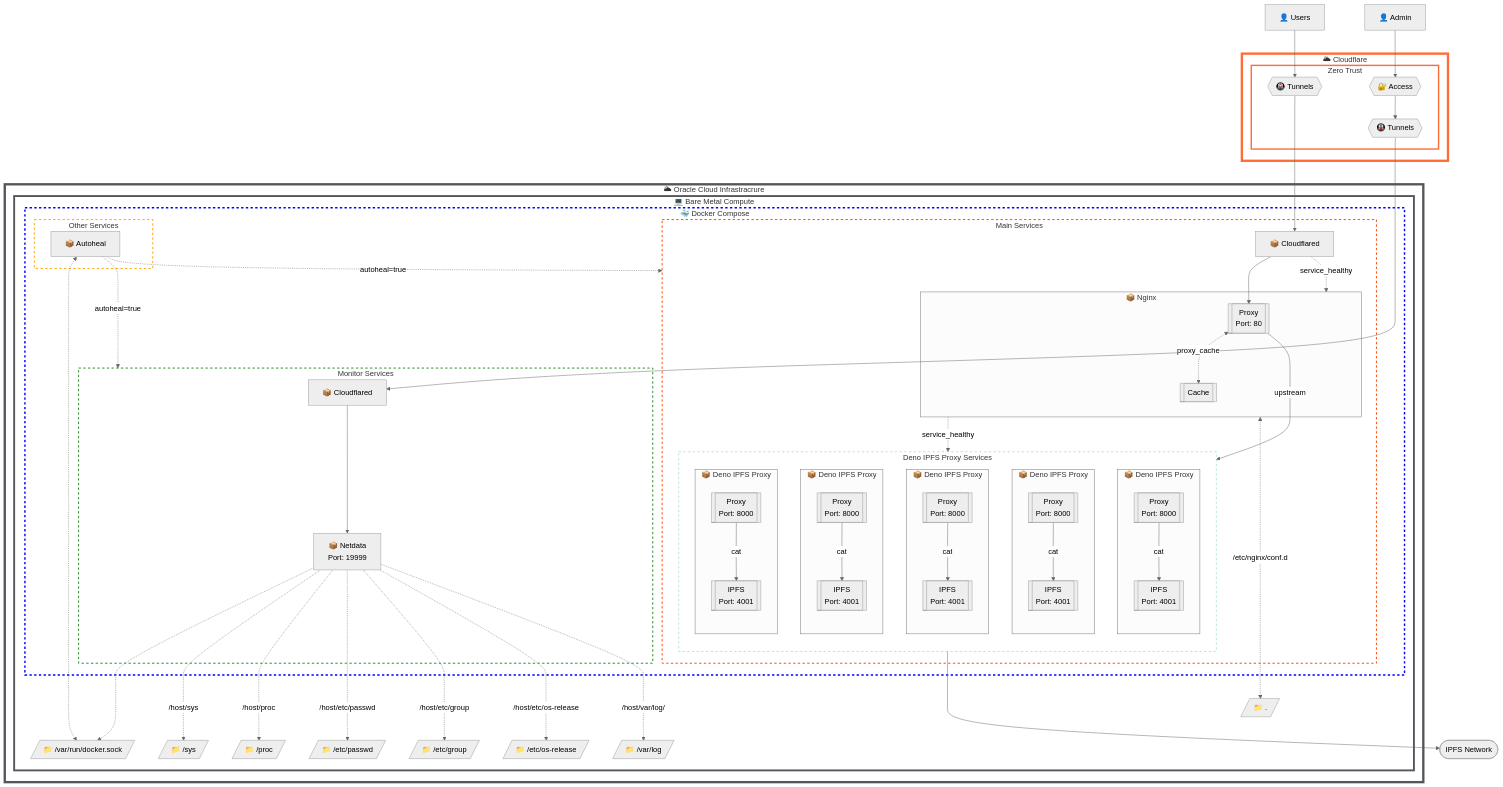
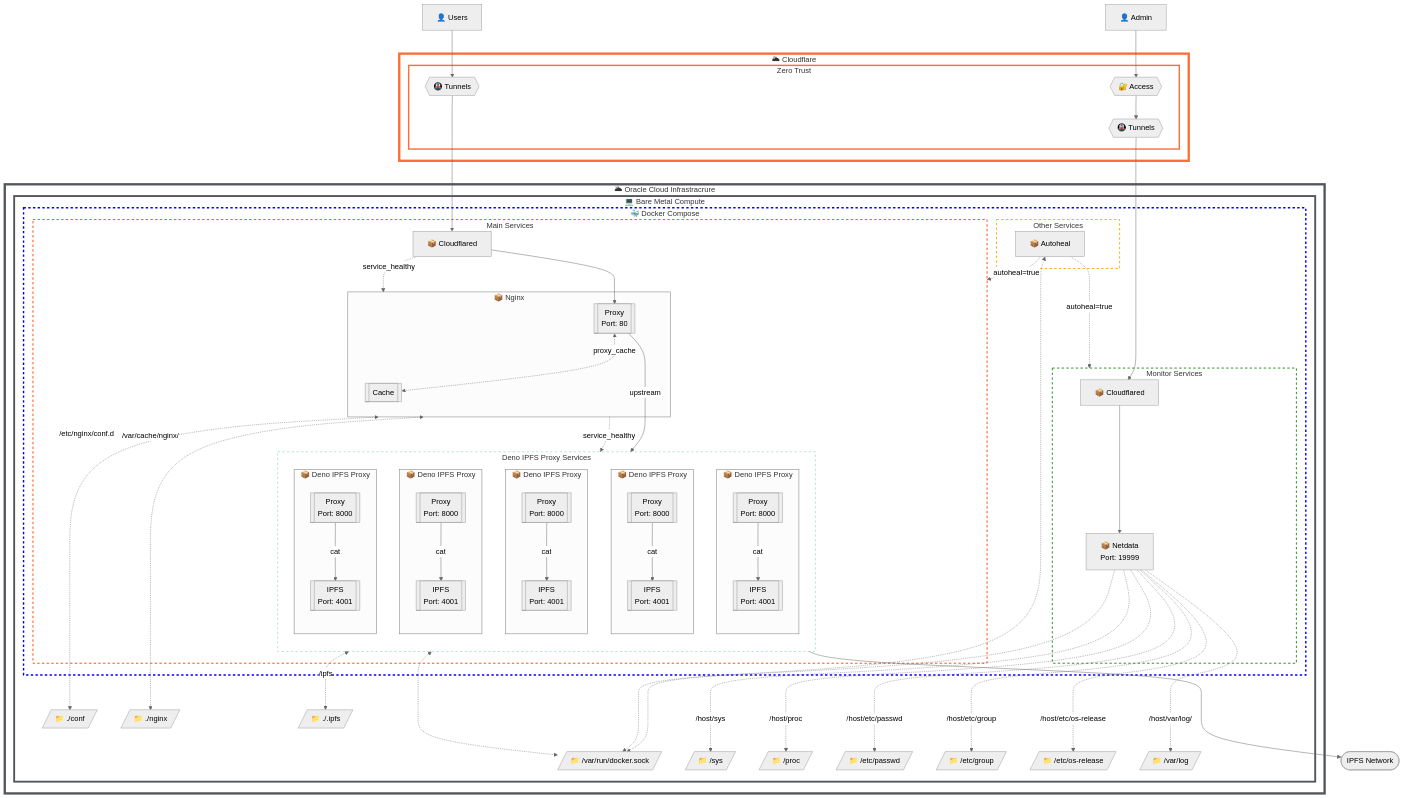
One commit to redpeacock78/deno-ipfs-gateway changed the first of 2 diagrams in README.md. Above: the diagram before and after it, drawn with Mermaid (neutral theme).

```diff
--- a/README.md
+++ b/README.md
@@ -114,15 +114,18 @@
       DO4 -..-> |autoheal=true| MainServiceGroup
       DO4 -..-> |autoheal=true| MonitorGroup
     end
-    Nginx <-..-> |/etc/nginx/conf.d| FS1[/"📁 ."/]
-    DO4 <-..-> FS2[/"📁 /var/run/docker.sock"/]
-    DO3 -..-> FS2
-    DO3 -..-> |/host/sys| FS3[/"📁 /sys"/]
-    DO3 -..-> |/host/proc| FS4[/"📁 /proc"/]
-    DO3 -..-> |/host/etc/passwd| FS5[/"📁 /etc/passwd"/]
-    DO3 -..-> |/host/etc/group| FS6[/"📁 /etc/group"/]
-    DO3 -..-> |/host/etc/os-release| FS7[/"📁 /etc/os-release"/]
-    DO3 -..-> |/host/var/log/| FS8[/"📁 /var/log"/]
+    Nginx <-..-> |/etc/nginx/conf.d| FS1[/"📁 ./conf"/]
+    Nginx <-..-> |/var/cache/nginx/| FS2[/"📁 ./nginx"/]
+    DO4 <-..-> FS3[/"📁 /var/run/docker.sock"/]
+    DO3 -..-> FS3
+    DO3 -..-> |/host/sys| FS4[/"📁 /sys"/]
+    DO3 -..-> |/host/proc| FS5[/"📁 /proc"/]
+    DO3 -..-> |/host/etc/passwd| FS6[/"📁 /etc/passwd"/]
+    DO3 -..-> |/host/etc/group| FS7[/"📁 /etc/group"/]
+    DO3 -..-> |/host/etc/os-release| FS8[/"📁 /etc/os-release"/]
+    DO3 -..-> |/host/var/log/| FS9[/"📁 /var/log"/]
+    DenoIPFSProxyGroup <-.-> |/ipfs| FS10[/"📁 ./.ipfs"/]
+    DenoIPFSProxyGroup <-.-> FS3
   end
 end
 
```
